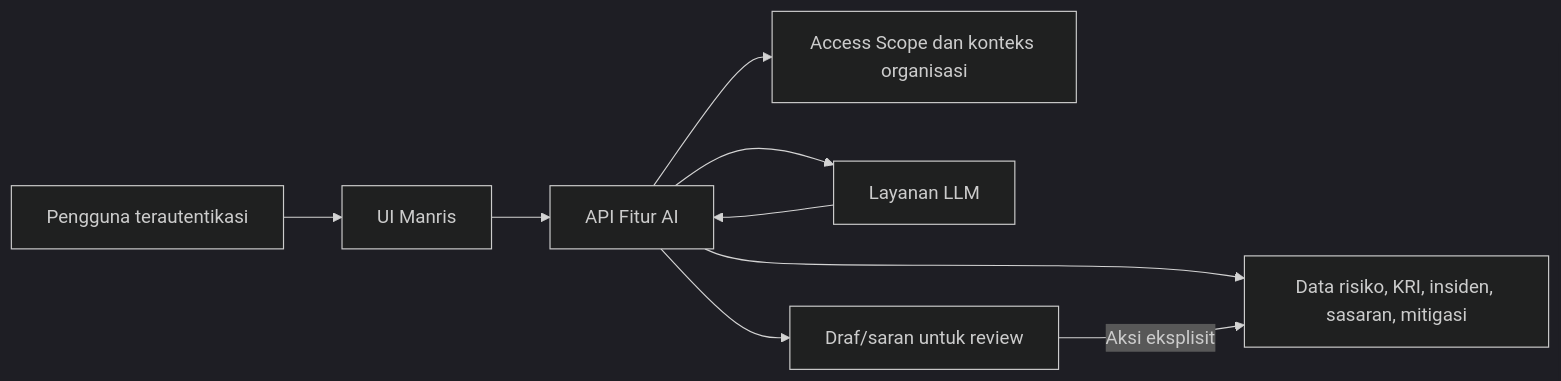
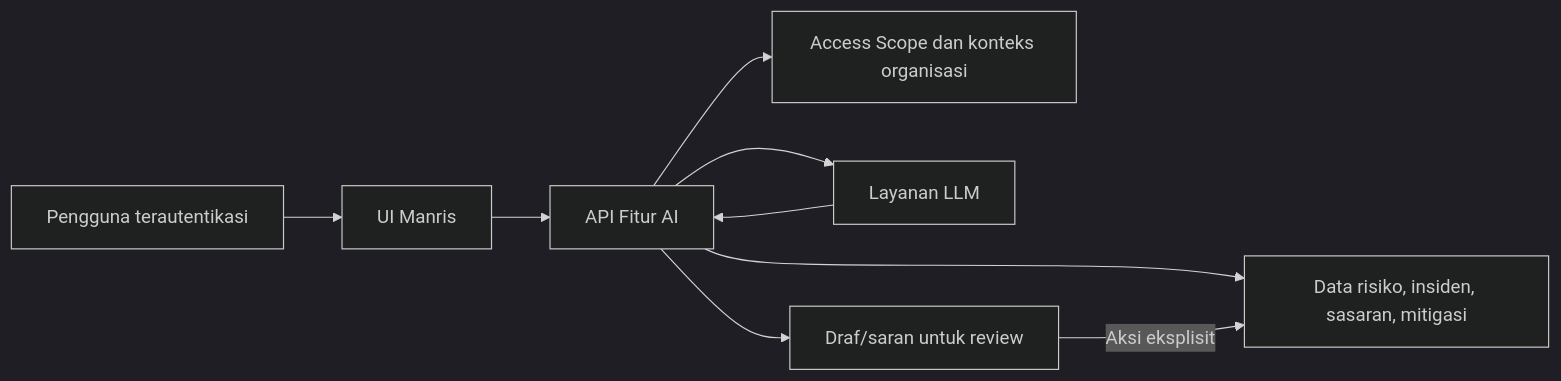
The first of 2 diagrams in FSD-fitur-ai.md (laksanagusta/manris-kemkes), drawn with Mermaid (dark theme) before and after one commit. The commit also changed other lines of this file and 375 other files, not shown here.

````diff
--- a/FSD-fitur-ai.md
+++ b/FSD-fitur-ai.md
@@ -104,11 +103,11 @@
 ```mermaid
 flowchart LR
     U["Pengguna terautentikasi"] --> UI["UI Manris"]
     UI --> API["API Fitur AI"]
     API --> SCOPE["Access Scope dan konteks organisasi"]
-    API --> DATA["Data risiko, KRI, insiden, sasaran, mitigasi"]
+    API --> DATA["Data risiko, insiden, sasaran, mitigasi"]
     API --> LLM["Layanan LLM"]
     LLM --> API
     API --> REVIEW["Draf/saran untuk review"]
     REVIEW -->|Aksi eksplisit| DATA
 ```
````
